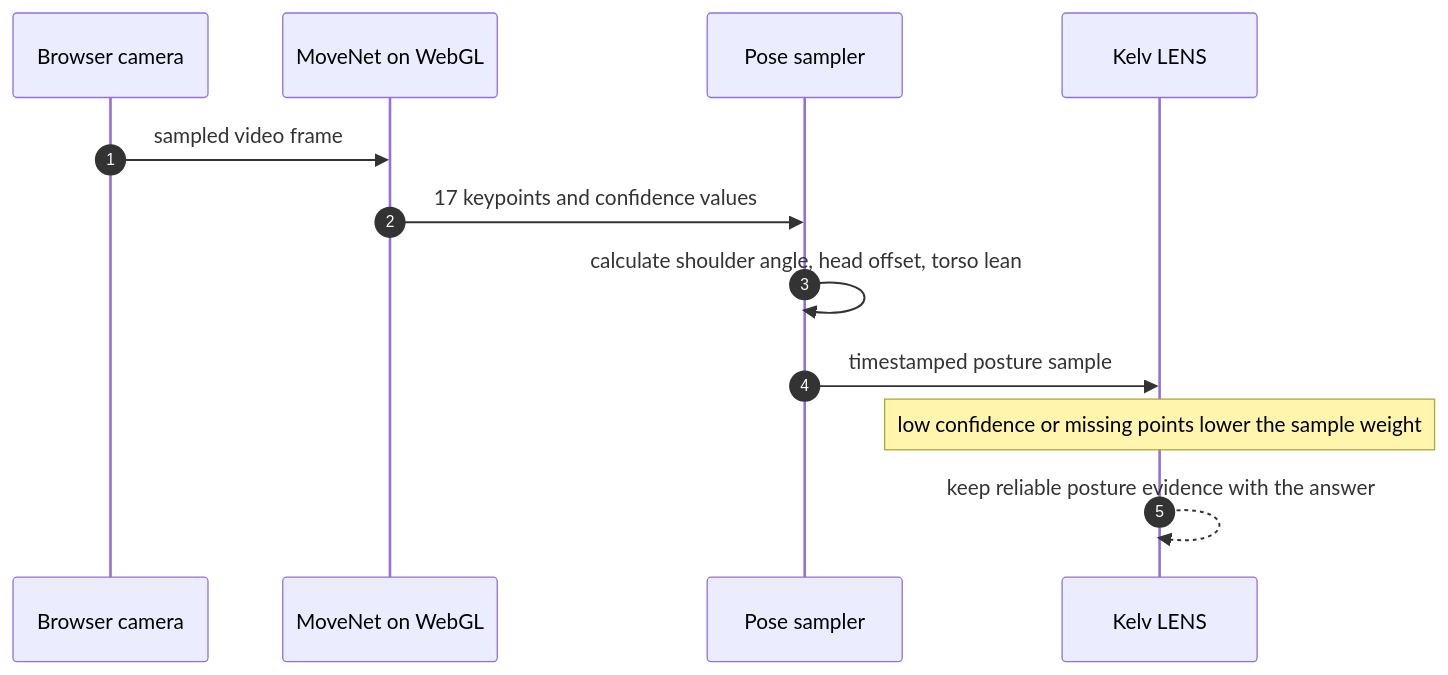
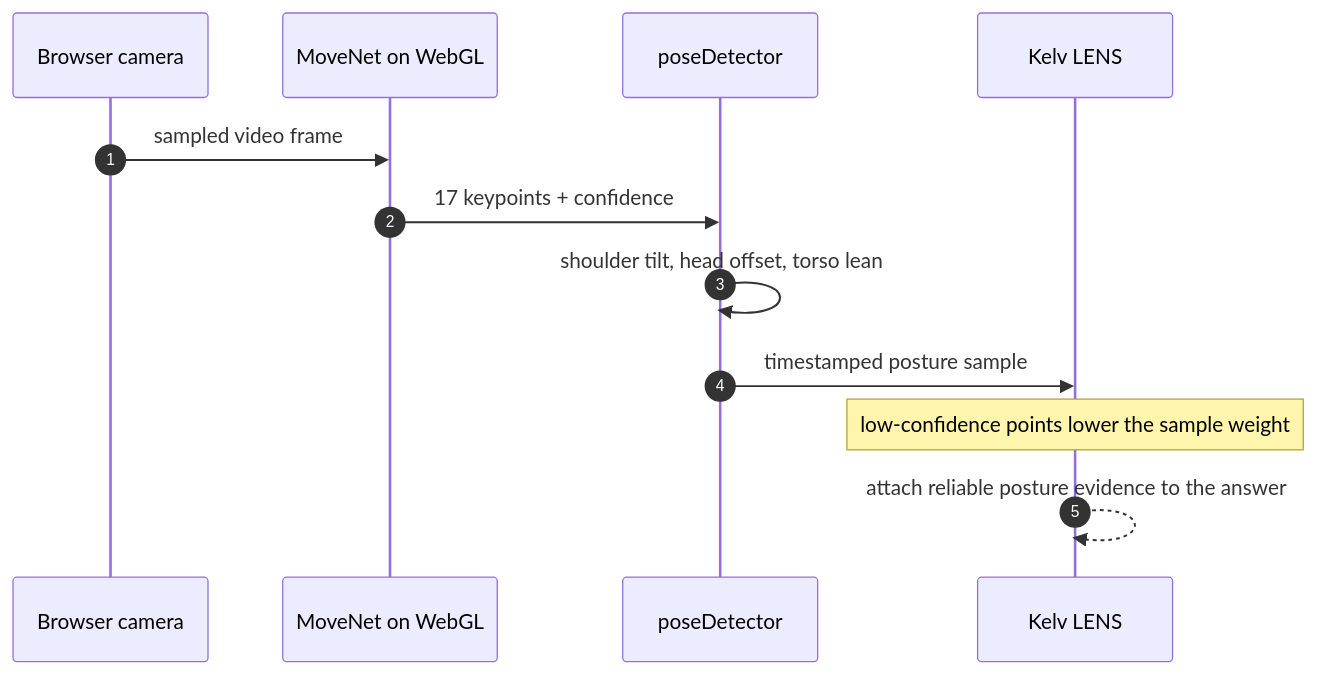
The second of 3 diagrams in README.md (parthsharma234/kelv), drawn with Mermaid before and after one commit. The commit also changed other lines of this file, not shown here.

````diff
--- a/README.md
+++ b/README.md
@@ -73,15 +106,15 @@
 ```mermaid
 sequenceDiagram
   autonumber
   participant Camera as Browser camera
   participant Model as MoveNet on WebGL
-  participant Pose as Pose sampler
+  participant Pose as poseDetector
   participant LENS as Kelv LENS
 
   Camera->>Model: sampled video frame
-  Model->>Pose: 17 keypoints and confidence values
-  Pose->>Pose: calculate shoulder angle, head offset, torso lean
+  Model->>Pose: 17 keypoints + confidence
+  Pose->>Pose: shoulder tilt, head offset, torso lean
   Pose->>LENS: timestamped posture sample
-  Note over LENS: low confidence or missing points lower the sample weight
-  LENS-->>LENS: keep reliable posture evidence with the answer
+  Note over LENS: low-confidence points lower the sample weight
+  LENS-->>LENS: attach reliable posture evidence to the answer
 ```
````
